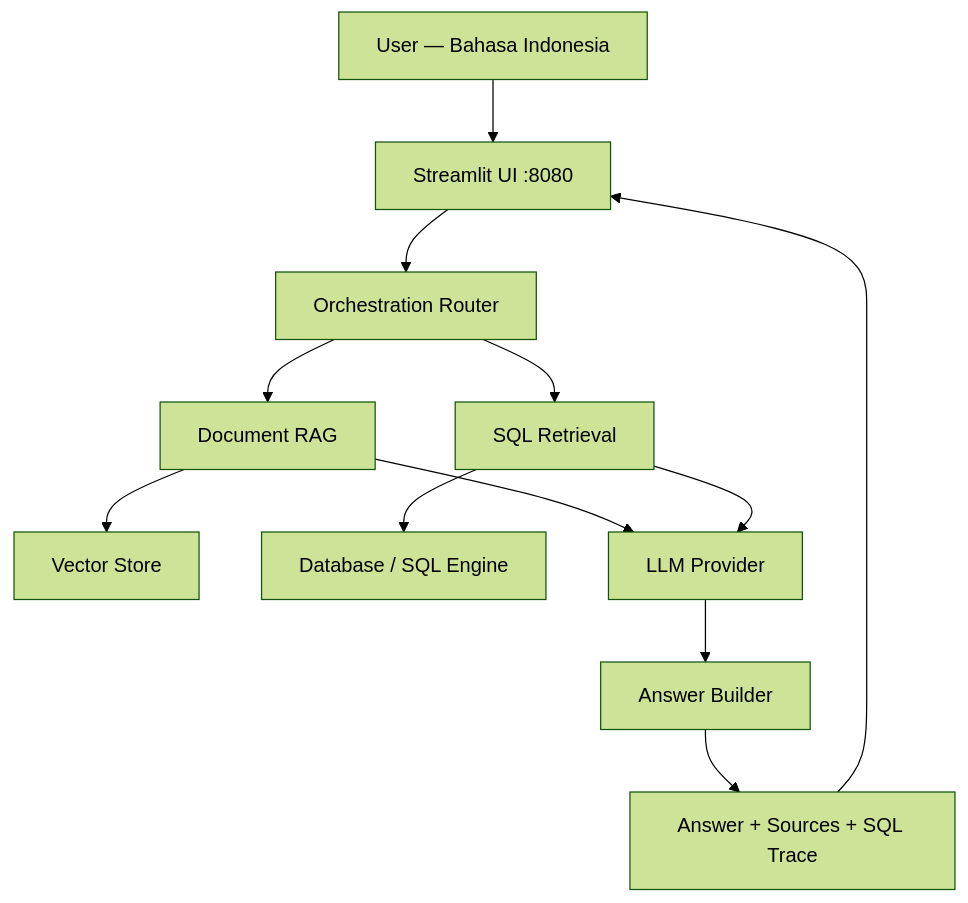
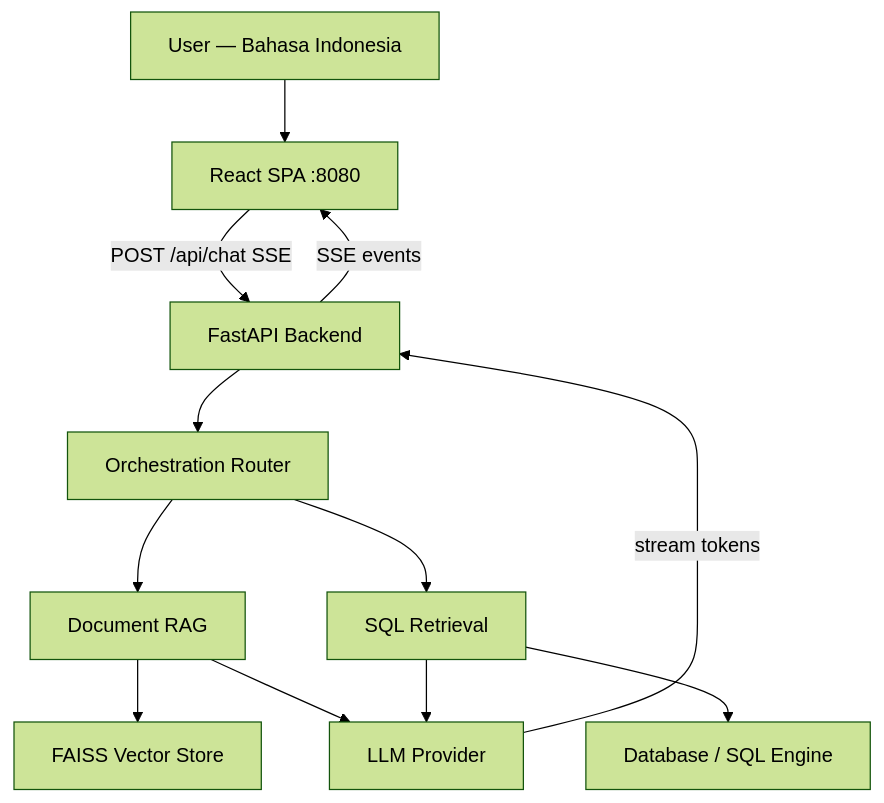
The diagram in demos/cloudera-ai-id-rag-demo/README.md (servaed/PROJECTS), drawn with Mermaid (forest theme) before and after one commit. The commit also changed other lines of this file and 29 other files, not shown here.

First line of the commit message:
feat: FastAPI + React SPA, demo auto-play, source preview, security fixes

````diff
--- a/demos/cloudera-ai-id-rag-demo/README.md
+++ b/demos/cloudera-ai-id-rag-demo/README.md
@@ -24,14 +26,14 @@
 ```mermaid
 graph TD
-    A[User — Bahasa Indonesia] --> B[Streamlit UI :8080]
-    B --> C[Orchestration Router]
-    C --> D[Document RAG]
-    C --> E[SQL Retrieval]
-    D --> F[Vector Store]
-    E --> G[Database / SQL Engine]
-    D --> H[LLM Provider]
-    E --> H
-    H --> I[Answer Builder]
-    I --> J[Answer + Sources + SQL Trace]
-    J --> B
+    A[User — Bahasa Indonesia] --> B[React SPA :8080]
+    B -->|POST /api/chat SSE| C[FastAPI Backend]
+    C --> D[Orchestration Router]
+    D --> E[Document RAG]
+    D --> F[SQL Retrieval]
+    E --> G[FAISS Vector Store]
+    F --> H[Database / SQL Engine]
+    E --> I[LLM Provider]
+    F --> I
+    I -->|stream tokens| C
+    C -->|SSE events| B
 ```
````
